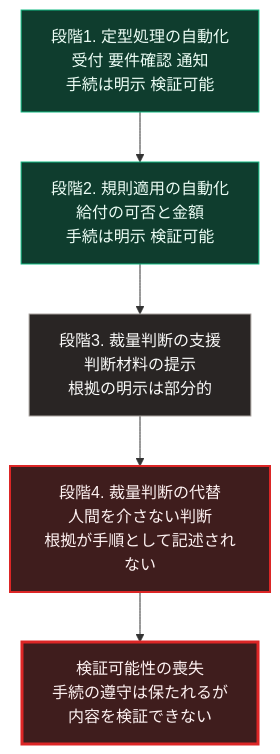
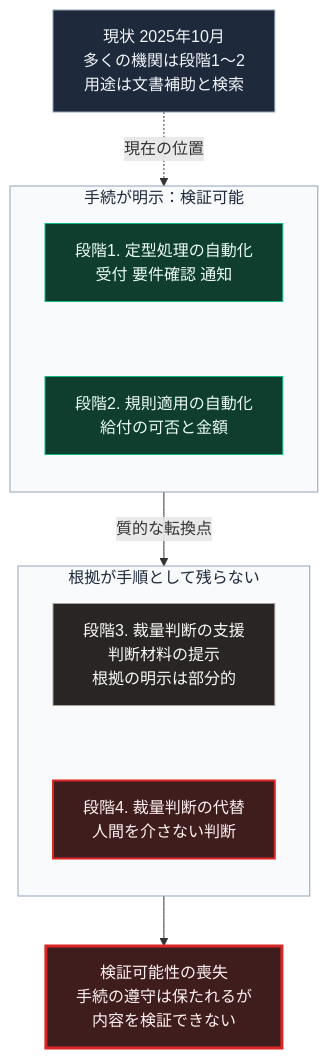
The diagram in books/sovereign-resilience-blueprint/37_algocracy-automated-administration.md (Takenori-Kusaka/zenn-content), drawn with Mermaid before and after one commit. The commit also changed other lines of this file and 114 other files, not shown here.

````diff
--- a/books/sovereign-resilience-blueprint/37_algocracy-automated-administration.md
+++ b/books/sovereign-resilience-blueprint/37_algocracy-automated-administration.md
@@ -59,14 +59,24 @@
 ```mermaid
 flowchart TD
-    S1[段階1. 定型処理の自動化<br>受付 要件確認 通知<br>手続は明示 検証可能]
-    S1 --> S2[段階2. 規則適用の自動化<br>給付の可否と金額<br>手続は明示 検証可能]
-    S2 --> S3[段階3. 裁量判断の支援<br>判断材料の提示<br>根拠の明示は部分的]
-    S3 --> S4[段階4. 裁量判断の代替<br>人間を介さない判断<br>根拠が手順として記述されない]
-    S4 --> X[検証可能性の喪失<br>手続の遵守は保たれるが<br>内容を検証できない]
+    subgraph G1[手続が明示：検証可能]
+        direction TB
+        S1[段階1. 定型処理の自動化<br>受付 要件確認 通知] ~~~ S2[段階2. 規則適用の自動化<br>給付の可否と金額]
+    end
+    subgraph G2[根拠が手順として残らない]
+        direction TB
+        S3[段階3. 裁量判断の支援<br>判断材料の提示<br>根拠の明示は部分的] ~~~ S4[段階4. 裁量判断の代替<br>人間を介さない判断]
+    end
+    Y[現状 2025年10月<br>多くの機関は段階1〜2<br>用途は文書補助と検索]
+    Y -.->|現在の位置| G1
+    G1 -->|質的な転換点| G2
+    G2 --> X[検証可能性の喪失<br>手続の遵守は保たれるが<br>内容を検証できない]
 
+    style Y fill:#1e293b,stroke:#94a3b8,color:#f1f5f9
     style S1 fill:#0f3d2e,stroke:#10b981,color:#ecfdf5
     style S2 fill:#0f3d2e,stroke:#10b981,color:#ecfdf5
     style S3 fill:#292524,stroke:#a8a29e,color:#fafaf9
     style S4 fill:#3f1d1d,stroke:#dc2626,stroke-width:2px,color:#fef2f2
     style X fill:#3f1d1d,stroke:#dc2626,stroke-width:3px,color:#fef2f2
+    style G1 fill:#f8fafc,stroke:#94a3b8,color:#1e293b
+    style G2 fill:#f8fafc,stroke:#94a3b8,color:#1e293b
 ```
````
